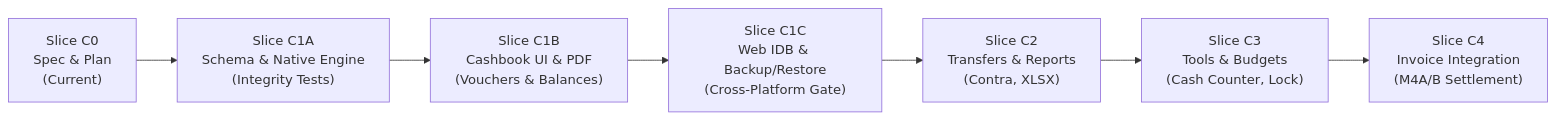
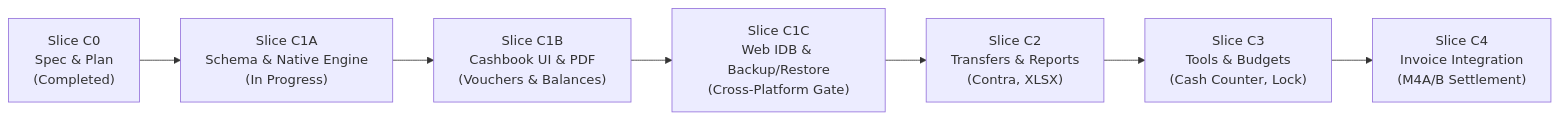
Before and after one commit to MohammedJabir18/BillZen: the second of 2 diagrams in docs/cashbook-architecture-spec.md, drawn with Mermaid. The commit also changed other lines of this file and 27 other files, not shown here.

````diff
--- a/docs/cashbook-architecture-spec.md
+++ b/docs/cashbook-architecture-spec.md
@@ -331,9 +396,9 @@
 ```mermaid
 flowchart LR
-    C0["Slice C0<br/>Spec & Plan<br/>(Current)"] --> C1A["Slice C1A<br/>Schema & Native Engine<br/>(Integrity Tests)"]
+    C0["Slice C0<br/>Spec & Plan<br/>(Completed)"] --> C1A["Slice C1A<br/>Schema & Native Engine<br/>(In Progress)"]
     C1A --> C1B["Slice C1B<br/>Cashbook UI & PDF<br/>(Vouchers & Balances)"]
     C1B --> C1C["Slice C1C<br/>Web IDB & Backup/Restore<br/>(Cross-Platform Gate)"]
     C1C --> C2["Slice C2<br/>Transfers & Reports<br/>(Contra, XLSX)"]
     C2 --> C3["Slice C3<br/>Tools & Budgets<br/>(Cash Counter, Lock)"]
     C3 --> C4["Slice C4<br/>Invoice Integration<br/>(M4A/B Settlement)"]
 ```
````
